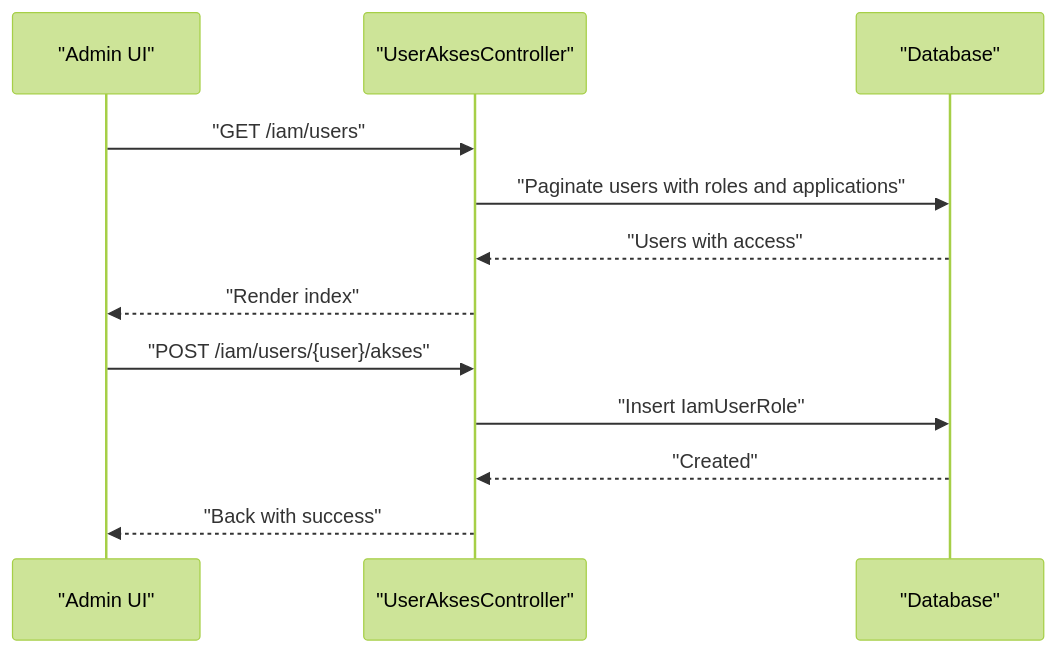
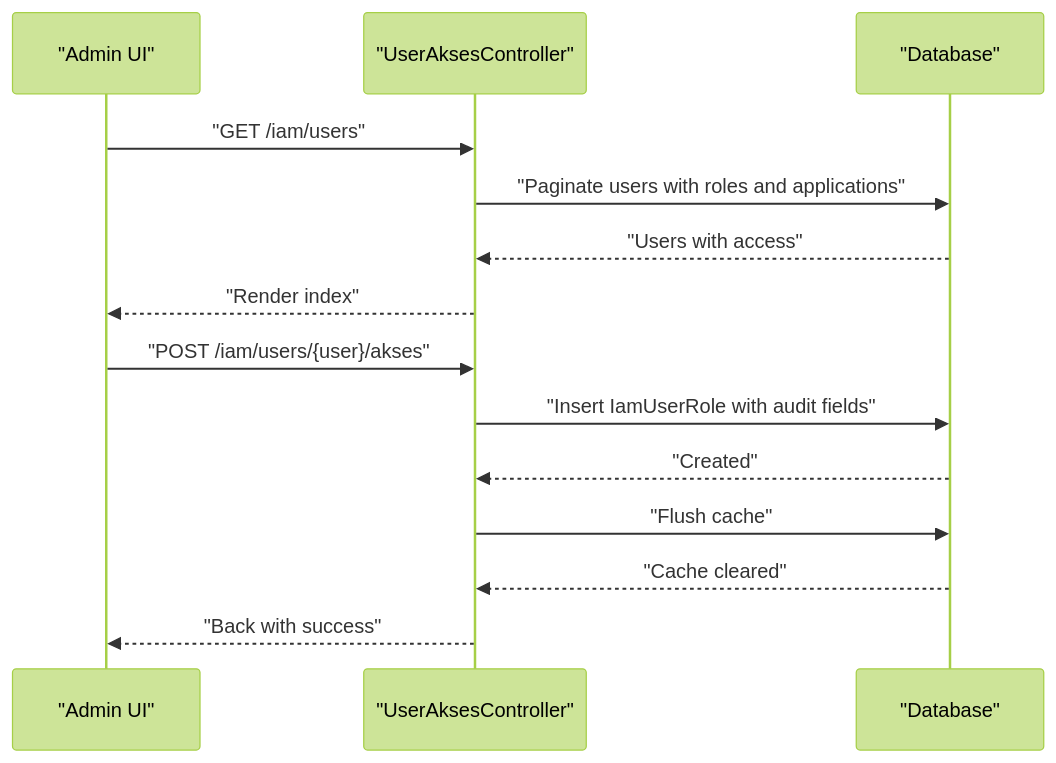
Before and after one commit to PA-Penajam/kepegawaian_apps: the fifth of 9 diagrams in .qoder/repowiki/en/content/Identity and Access Management (IAM)/Identity and Access Management (IAM).md, drawn with Mermaid (forest theme). The commit also changed other lines of this file and 22 other files, not shown here.

````diff
--- a/.qoder/repowiki/en/content/Identity and Access Management (IAM)/Identity and Access Management (IAM).md
+++ b/.qoder/repowiki/en/content/Identity and Access Management (IAM)/Identity and Access Management (IAM).md
@@ -283,14 +312,16 @@
 ```mermaid
 sequenceDiagram
 participant Admin as "Admin UI"
 participant UAC as "UserAksesController"
 participant DB as "Database"
 Admin->>UAC : "GET /iam/users"
 UAC->>DB : "Paginate users with roles and applications"
 DB-->>UAC : "Users with access"
 UAC-->>Admin : "Render index"
 Admin->>UAC : "POST /iam/users/{user}/akses"
-UAC->>DB : "Insert IamUserRole"
+UAC->>DB : "Insert IamUserRole with audit fields"
 DB-->>UAC : "Created"
+UAC->>DB : "Flush cache"
+DB-->>UAC : "Cache cleared"
 UAC-->>Admin : "Back with success"
 ```
````
